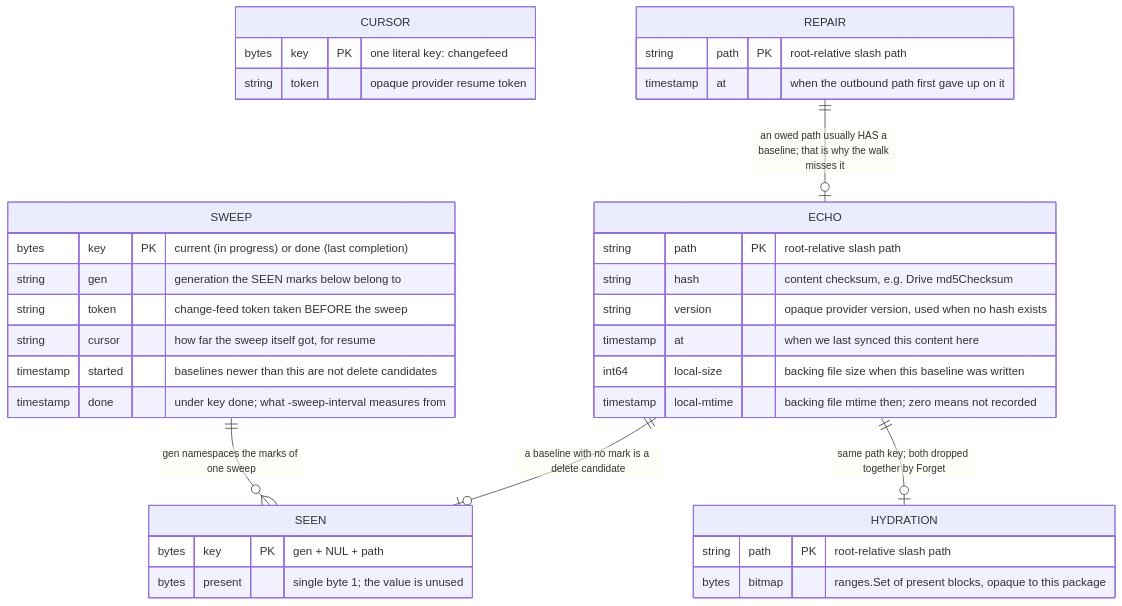
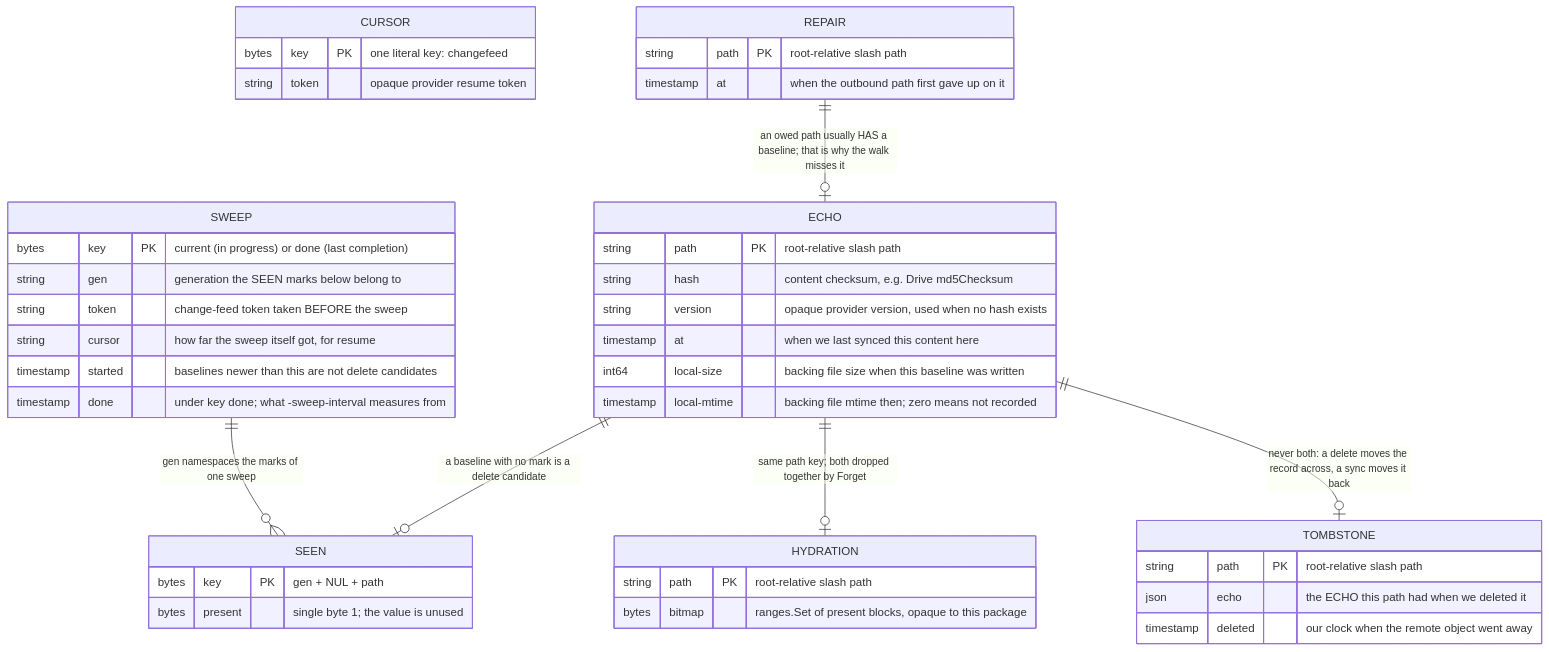
The first of 3 diagrams in docs/dev/schema.md (syshlted/drivel), drawn with Mermaid before and after one commit. The commit also changed other lines of this file and 15 other files, not shown here.

````diff
--- a/docs/dev/schema.md
+++ b/docs/dev/schema.md
@@ -25,40 +25,46 @@
 ```mermaid
 erDiagram
     CURSOR {
         bytes key PK "one literal key: changefeed"
         string token "opaque provider resume token"
     }
     ECHO {
         string path PK "root-relative slash path"
         string hash "content checksum, e.g. Drive md5Checksum"
         string version "opaque provider version, used when no hash exists"
         timestamp at "when we last synced this content here"
         int64 local-size "backing file size when this baseline was written"
         timestamp local-mtime "backing file mtime then; zero means not recorded"
     }
     HYDRATION {
         string path PK "root-relative slash path"
         bytes bitmap "ranges.Set of present blocks, opaque to this package"
     }
     SWEEP {
         bytes key PK "current (in progress) or done (last completion)"
         string gen "generation the SEEN marks below belong to"
         string token "change-feed token taken BEFORE the sweep"
         string cursor "how far the sweep itself got, for resume"
         timestamp started "baselines newer than this are not delete candidates"
         timestamp done "under key done; what -sweep-interval measures from"
     }
     SEEN {
         bytes key PK "gen + NUL + path"
         bytes present "single byte 1; the value is unused"
     }
     REPAIR {
         string path PK "root-relative slash path"
         timestamp at "when the outbound path first gave up on it"
     }
+    TOMBSTONE {
+        string path PK "root-relative slash path"
+        json echo "the ECHO this path had when we deleted it"
+        timestamp deleted "our clock when the remote object went away"
+    }
 
     SWEEP ||--o{ SEEN : "gen namespaces the marks of one sweep"
     ECHO ||--o| SEEN : "a baseline with no mark is a delete candidate"
     ECHO ||--o| HYDRATION : "same path key; both dropped together by Forget"
     REPAIR ||--o| ECHO : "an owed path usually HAS a baseline; that is why the walk misses it"
+    ECHO ||--o| TOMBSTONE : "never both: a delete moves the record across, a sync moves it back"
 ```
````
